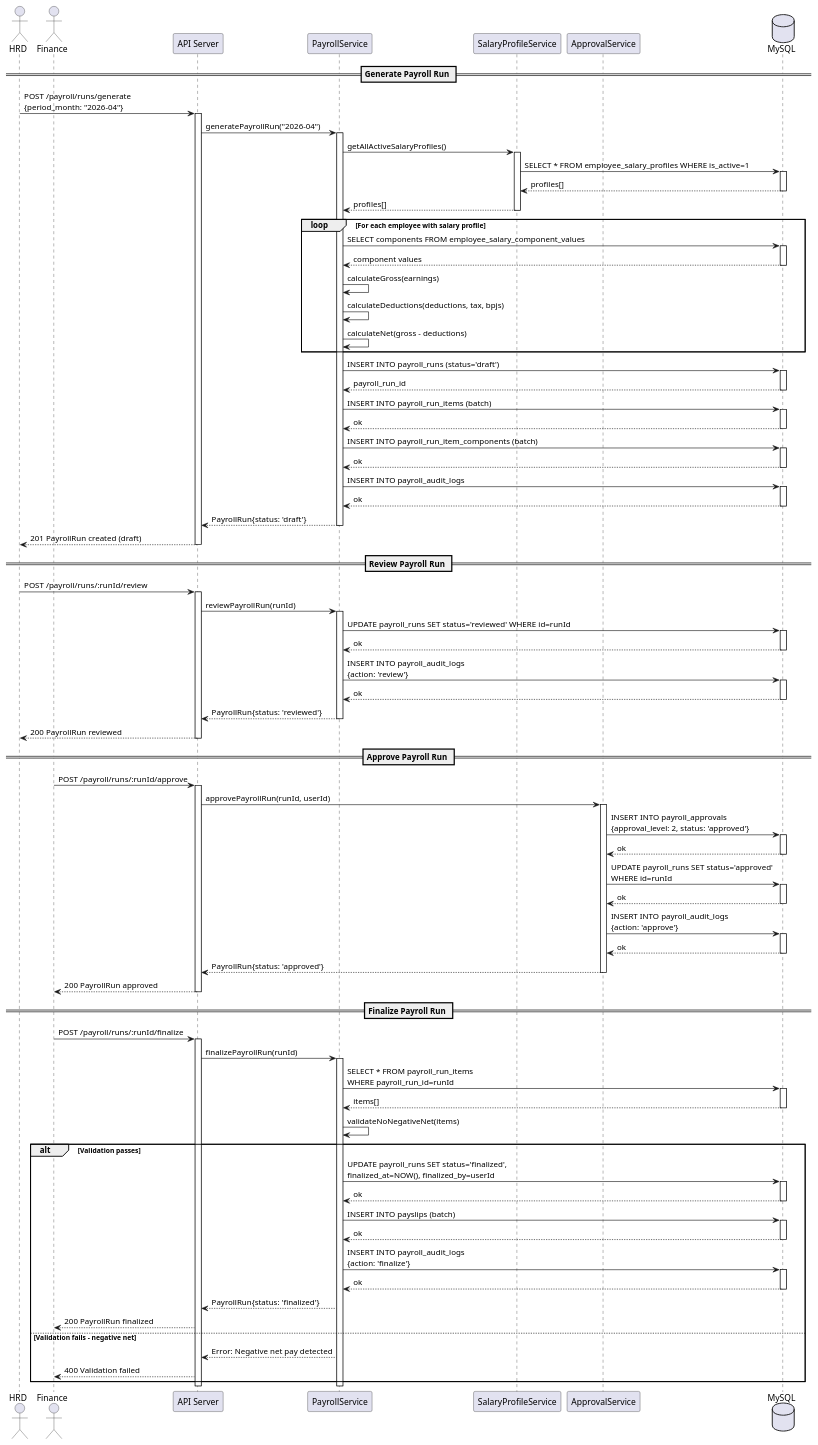
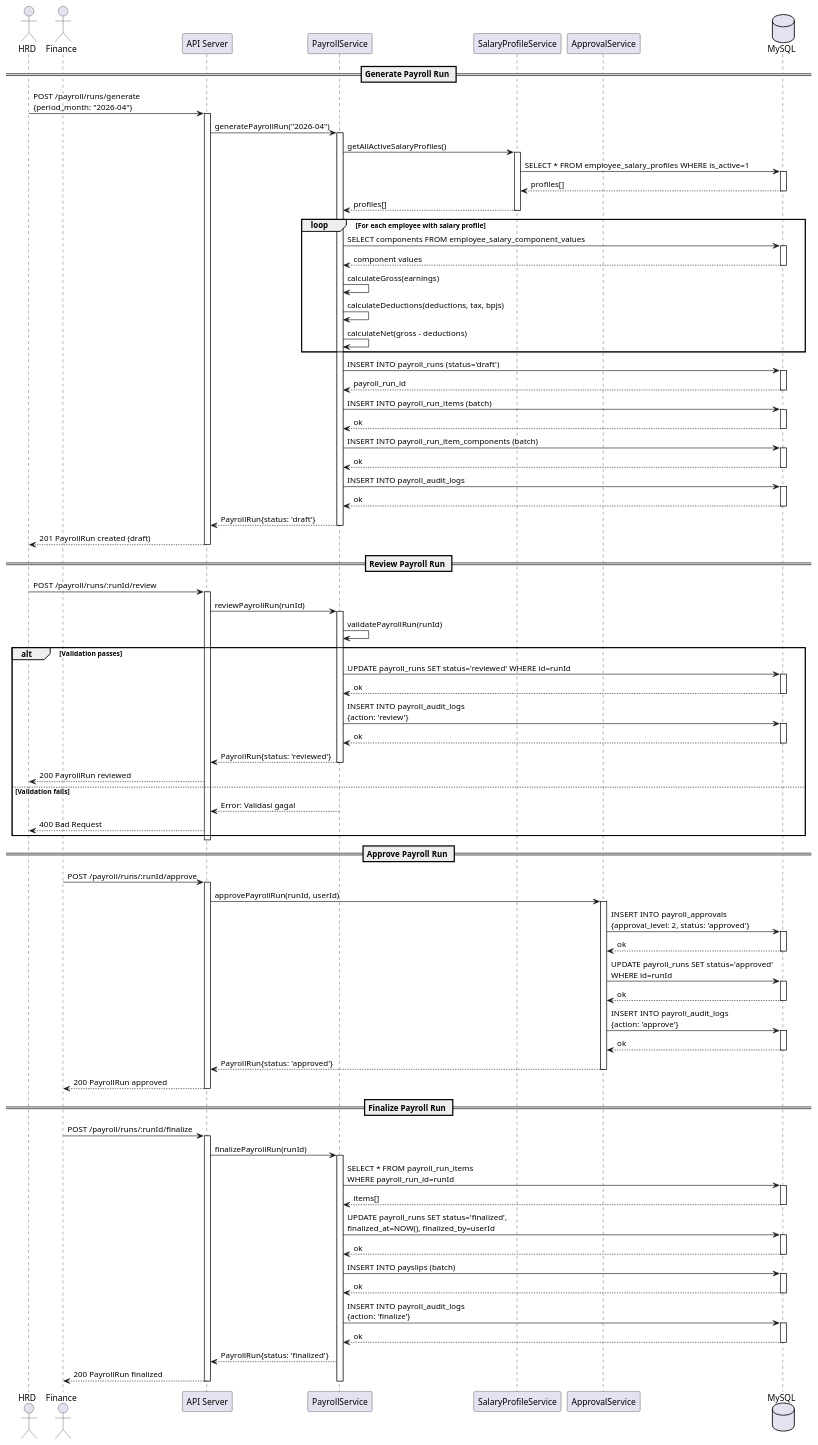
The diagram in docs/03-sequence-diagram-payroll.puml (Rizalibrah08/hris-management-system), drawn with PlantUML before and after one commit. The commit also changed 32 other files, not shown here.

```diff
--- a/docs/03-sequence-diagram-payroll.puml
+++ b/docs/03-sequence-diagram-payroll.puml
@@ -1,159 +1,159 @@
 @startuml HRIS_Payroll_Sequence_Diagram
 
 actor HRD as hrd
 actor Finance as fin
 participant "API Server" as api
 participant "PayrollService" as ps
 participant "SalaryProfileService" as sps
 participant "ApprovalService" as as
 database "MySQL" as db
 
 == Generate Payroll Run ==
 
 hrd -> api : POST /payroll/runs/generate\n{period_month: "2026-04"}
 activate api
 
 api -> ps : generatePayrollRun("2026-04")
 activate ps
 
 ps -> sps : getAllActiveSalaryProfiles()
 activate sps
 sps -> db : SELECT * FROM employee_salary_profiles WHERE is_active=1
 activate db
 db --> sps : profiles[]
 deactivate db
 sps --> ps : profiles[]
 deactivate sps
 
 loop For each employee with salary profile
   ps -> db : SELECT components FROM employee_salary_component_values
   activate db
   db --> ps : component values
   deactivate db
 
   ps -> ps : calculateGross(earnings)
   ps -> ps : calculateDeductions(deductions, tax, bpjs)
   ps -> ps : calculateNet(gross - deductions)
 end
 
 ps -> db : INSERT INTO payroll_runs (status='draft')
 activate db
 db --> ps : payroll_run_id
 deactivate db
 
 ps -> db : INSERT INTO payroll_run_items (batch)
 activate db
 db --> ps : ok
 deactivate db
 
 ps -> db : INSERT INTO payroll_run_item_components (batch)
 activate db
 db --> ps : ok
 deactivate db
 
 ps -> db : INSERT INTO payroll_audit_logs
 activate db
 db --> ps : ok
 deactivate db
 
 ps --> api : PayrollRun{status: 'draft'}
 deactivate ps
 
 api --> hrd : 201 PayrollRun created (draft)
 deactivate api
 
 == Review Payroll Run ==
 
 hrd -> api : POST /payroll/runs/:runId/review
 activate api
 
 api -> ps : reviewPayrollRun(runId)
 activate ps
 
-ps -> db : UPDATE payroll_runs SET status='reviewed' WHERE id=runId
-activate db
-db --> ps : ok
-deactivate db
+ps -> ps : validatePayrollRun(runId)
+
+alt Validation passes
+  ps -> db : UPDATE payroll_runs SET status='reviewed' WHERE id=runId
+  activate db
+  db --> ps : ok
+  deactivate db
 
 ps -> db : INSERT INTO payroll_audit_logs\n{action: 'review'}
 activate db
 db --> ps : ok
 deactivate db
 
 ps --> api : PayrollRun{status: 'reviewed'}
 deactivate ps
+  api --> hrd : 200 PayrollRun reviewed
+else Validation fails
+  ps --> api : Error: Validasi gagal
+  api --> hrd : 400 Bad Request
+end
 
-api --> hrd : 200 PayrollRun reviewed
 deactivate api
 
 == Approve Payroll Run ==
 
 fin -> api : POST /payroll/runs/:runId/approve
 activate api
 
 api -> as : approvePayrollRun(runId, userId)
 activate as
 
 as -> db : INSERT INTO payroll_approvals\n{approval_level: 2, status: 'approved'}
 activate db
 db --> as : ok
 deactivate db
 
 as -> db : UPDATE payroll_runs SET status='approved'\nWHERE id=runId
 activate db
 db --> as : ok
 deactivate db
 
 as -> db : INSERT INTO payroll_audit_logs\n{action: 'approve'}
 activate db
 db --> as : ok
 deactivate db
 
 as --> api : PayrollRun{status: 'approved'}
 deactivate as
 
 api --> fin : 200 PayrollRun approved
 deactivate api
 
 == Finalize Payroll Run ==
 
 fin -> api : POST /payroll/runs/:runId/finalize
 activate api
 
 api -> ps : finalizePayrollRun(runId)
 activate ps
 
 ps -> db : SELECT * FROM payroll_run_items\nWHERE payroll_run_id=runId
 activate db
 db --> ps : items[]
 deactivate db
 
-ps -> ps : validateNoNegativeNet(items)
+ps -> db : UPDATE payroll_runs SET status='finalized',\nfinalized_at=NOW(), finalized_by=userId
+activate db
+db --> ps : ok
+deactivate db
 
-alt Validation passes
-  ps -> db : UPDATE payroll_runs SET status='finalized',\nfinalized_at=NOW(), finalized_by=userId
-  activate db
-  db --> ps : ok
-  deactivate db
+ps -> db : INSERT INTO payslips (batch)
+activate db
+db --> ps : ok
+deactivate db
 
-  ps -> db : INSERT INTO payslips (batch)
-  activate db
-  db --> ps : ok
-  deactivate db
+ps -> db : INSERT INTO payroll_audit_logs\n{action: 'finalize'}
+activate db
+db --> ps : ok
+deactivate db
 
-  ps -> db : INSERT INTO payroll_audit_logs\n{action: 'finalize'}
-  activate db
-  db --> ps : ok
-  deactivate db
-
-  ps --> api : PayrollRun{status: 'finalized'}
-  api --> fin : 200 PayrollRun finalized
-else Validation fails - negative net
-  ps --> api : Error: Negative net pay detected
-  api --> fin : 400 Validation failed
-end
+ps --> api : PayrollRun{status: 'finalized'}
+api --> fin : 200 PayrollRun finalized
 
 deactivate ps
 deactivate api
 
 @enduml
```
